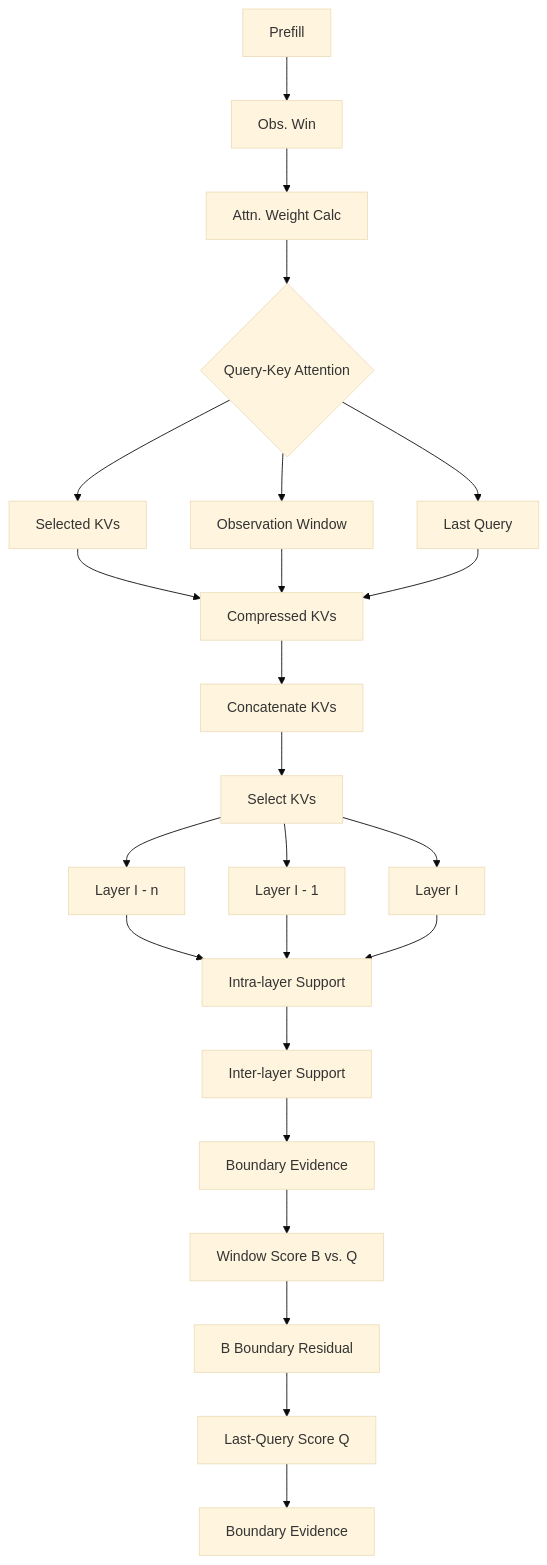
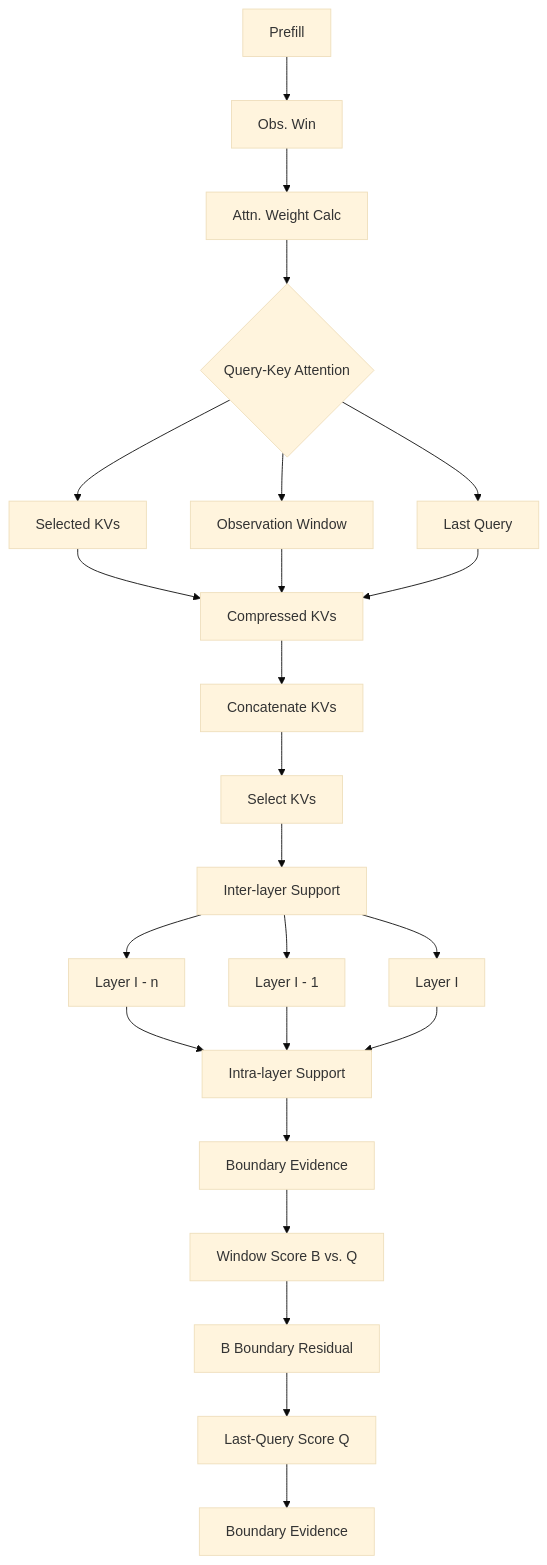
The first of 4 diagrams in assets/mineru/2606.14782/full.md (Jaywalk18/visual-ssl-digest), drawn with Mermaid (base theme) before and after one commit. The commit also changed other lines of this file and 15 other files, not shown here.

````diff
--- a/assets/mineru/2606.14782/full.md
+++ b/assets/mineru/2606.14782/full.md
@@ -190,26 +188,26 @@
 ```mermaid
 graph TD
   A["Prefill"] --> B["Obs. Win"]
   B --> C["Attn. Weight Calc"]
   C --> D{Query-Key Attention}
   D --> E["Selected KVs"]
   D --> F["Observation Window"]
   D --> G["Last Query"]
   E --> H["Compressed KVs"]
   F --> H
   G --> H
   H --> I["Concatenate KVs"]
   I --> J["Select KVs"]
-  J --> K["Layer I - n"]
-  J --> L["Layer I - 1"]
-  J --> M["Layer I"]
-  K --> N["Intra-layer Support"]
-  L --> N
-  M --> N
-  N --> O["Inter-layer Support"]
+  J --> K["Inter-layer Support"]
+  K --> L["Layer I - n"]
+  K --> M["Layer I - 1"]
+  K --> N["Layer I"]
+  L --> O["Intra-layer Support"]
+  M --> O
+  N --> O
   O --> P["Boundary Evidence"]
   P --> Q["Window Score B vs. Q"]
   Q --> R["B Boundary Residual"]
   R --> S["Last-Query Score Q"]
   S --> T["Boundary Evidence"]
 ```
````
